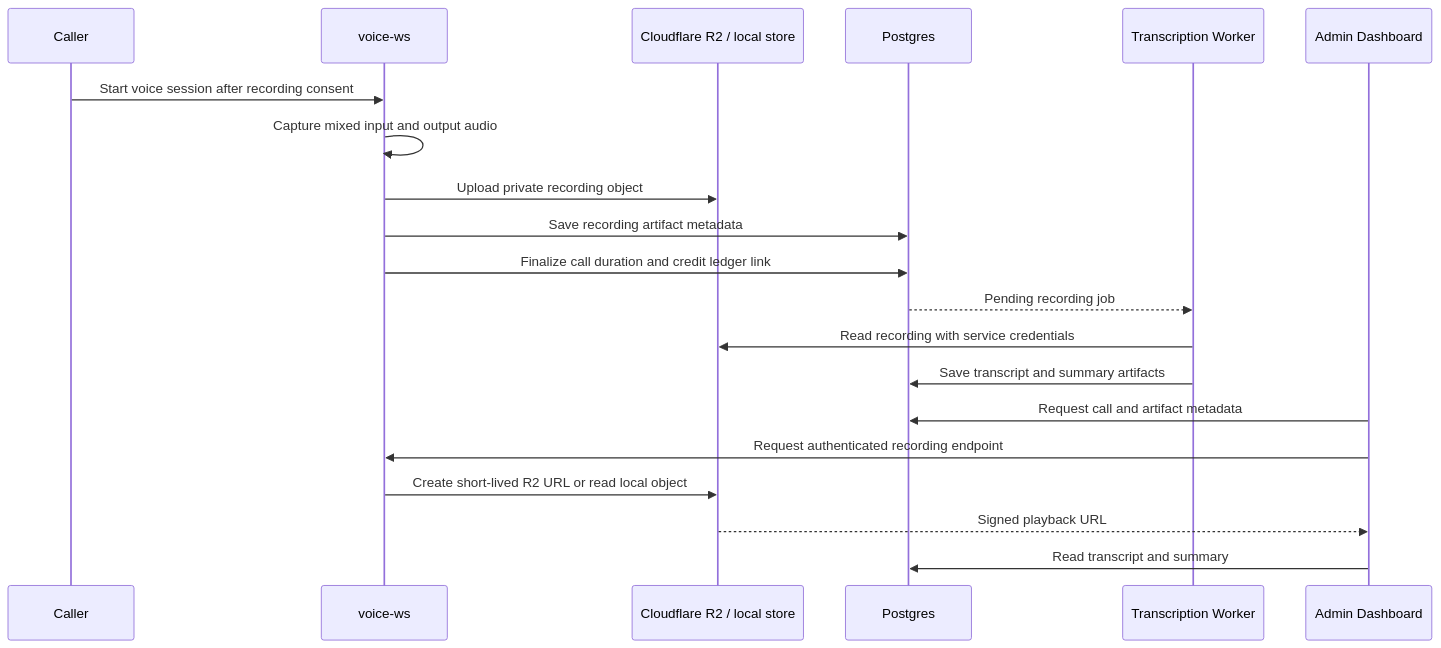
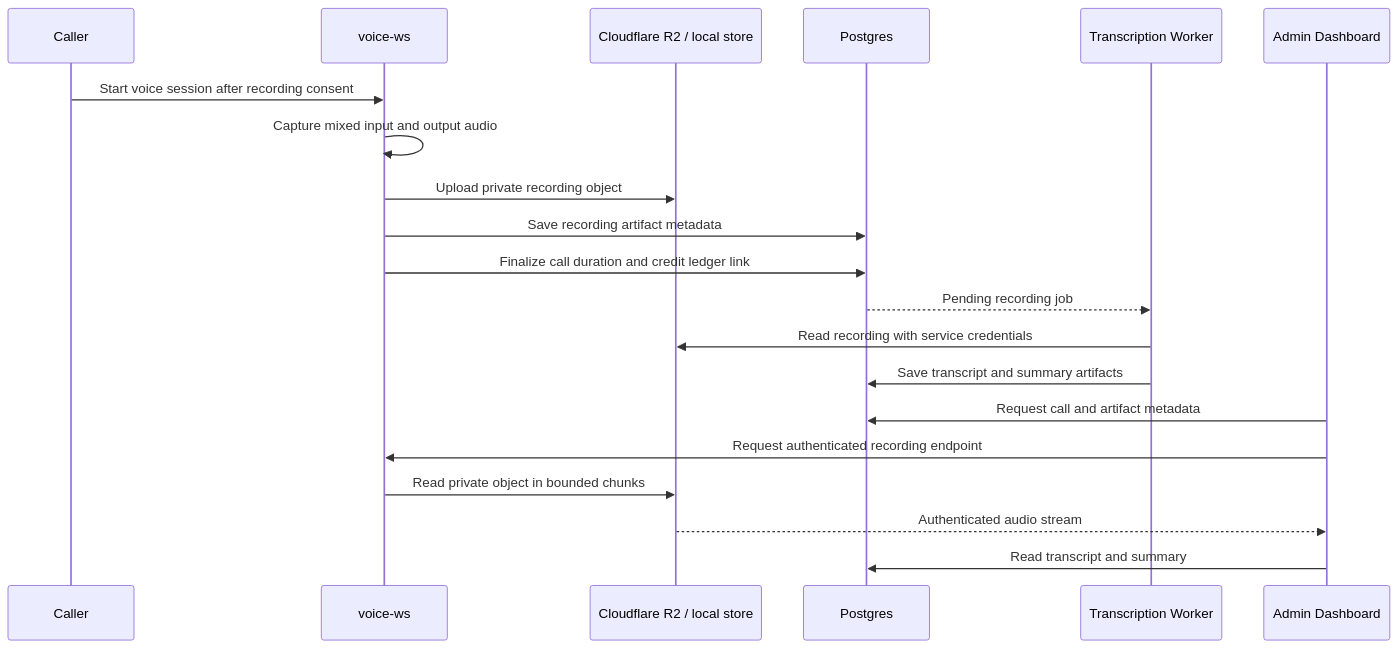
Before and after one commit to gauravdhiman/a1-voice-agent-platform: the diagram in docs/03_implementation/call_recording_and_transcription.md, drawn with Mermaid. The commit also changed other lines of this file and 15 other files, not shown here.

````diff
--- a/docs/03_implementation/call_recording_and_transcription.md
+++ b/docs/03_implementation/call_recording_and_transcription.md
@@ -50,23 +51,23 @@
 ```mermaid
 sequenceDiagram
     participant Caller
     participant Worker as voice-ws
     participant Storage as Cloudflare R2 / local store
     participant Database as Postgres
     participant Transcriber as Transcription Worker
     participant Admin as Admin Dashboard
 
     Caller->>Worker: Start voice session after recording consent
     Worker->>Worker: Capture mixed input and output audio
     Worker->>Storage: Upload private recording object
     Worker->>Database: Save recording artifact metadata
     Worker->>Database: Finalize call duration and credit ledger link
     Database-->>Transcriber: Pending recording job
     Transcriber->>Storage: Read recording with service credentials
     Transcriber->>Database: Save transcript and summary artifacts
     Admin->>Database: Request call and artifact metadata
     Admin->>Worker: Request authenticated recording endpoint
-    Worker->>Storage: Create short-lived R2 URL or read local object
-    Storage-->>Admin: Signed playback URL
+    Worker->>Storage: Read private object in bounded chunks
+    Storage-->>Admin: Authenticated audio stream
     Admin->>Database: Read transcript and summary
 ```
````
